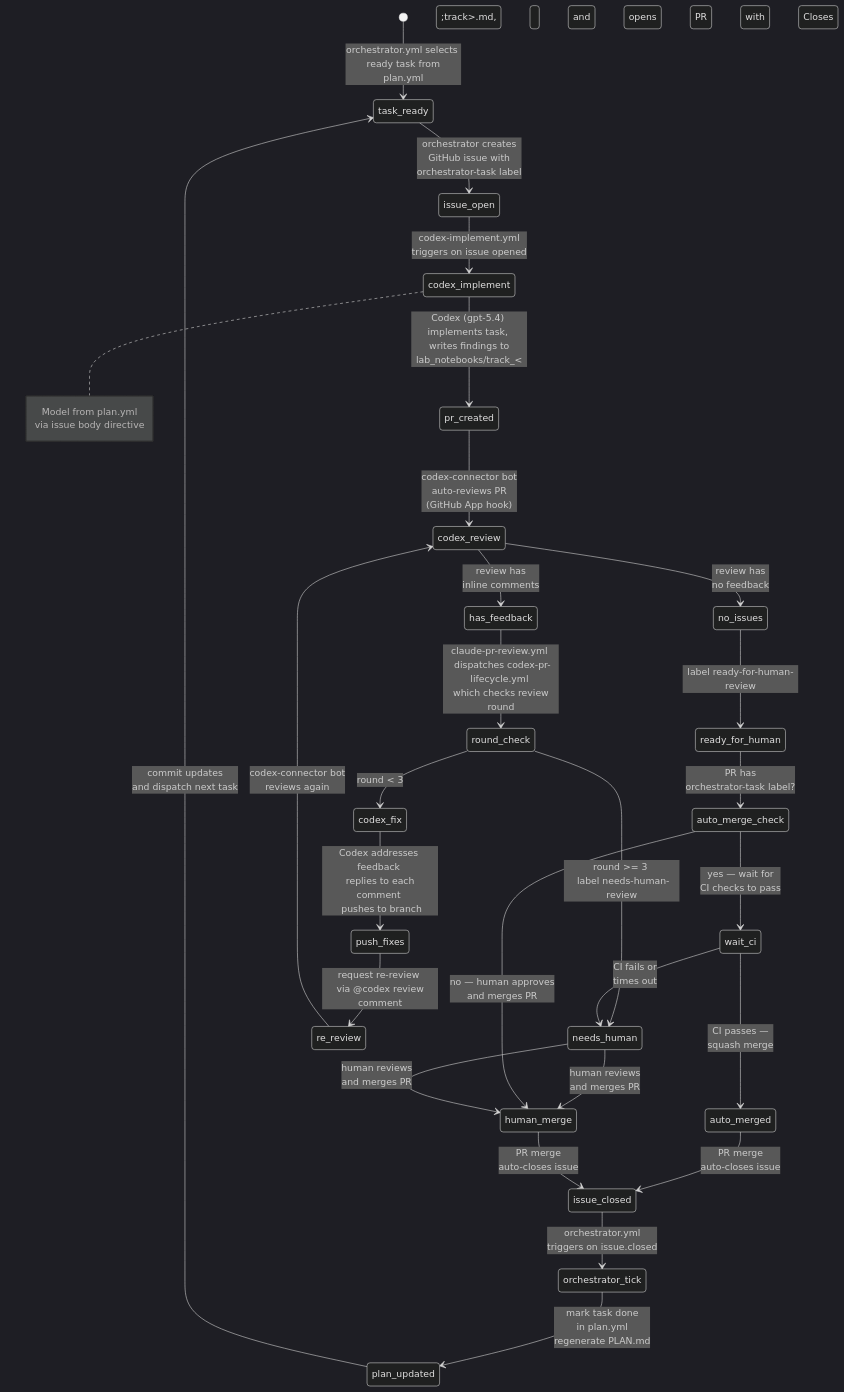
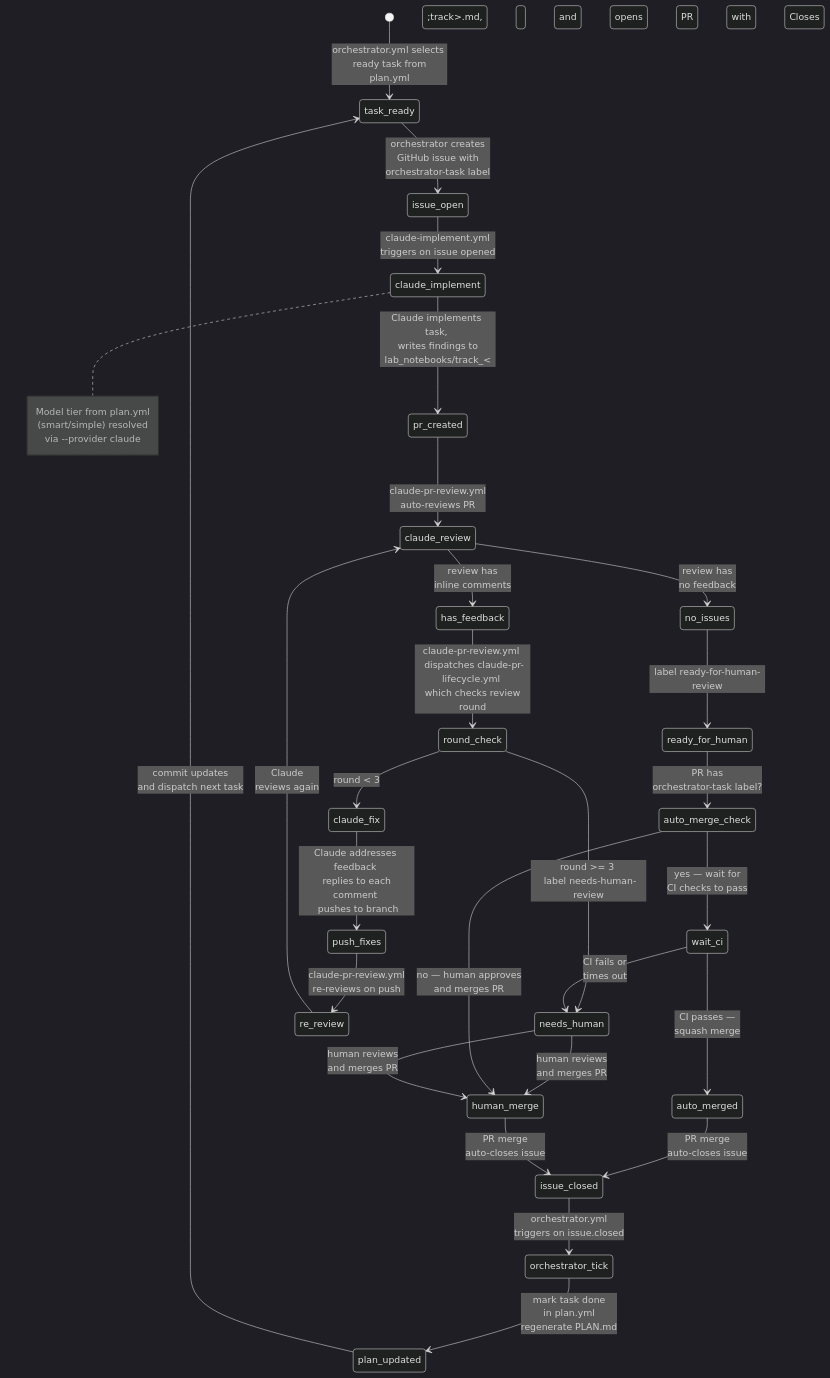
The diagram in lyzortx/orchestration/README.md (LorenaDerezanin/coli_phage_interactions_2023), drawn with Mermaid (dark theme) before and after one commit. The commit also changed other lines of this file and 18 other files, not shown here.

````diff
--- a/lyzortx/orchestration/README.md
+++ b/lyzortx/orchestration/README.md
@@ -10,52 +10,52 @@
 ```mermaid
 stateDiagram-v2
     [*] --> task_ready : orchestrator.yml selects <br> ready task from plan.yml
 
     task_ready --> issue_open : orchestrator creates <br> GitHub issue with <br> orchestrator-task label
 
-    issue_open --> codex_implement : codex-implement.yml <br> triggers on issue opened
+    issue_open --> claude_implement : claude-implement.yml <br> triggers on issue opened
 
-    codex_implement --> pr_created : Codex (gpt-5.4) implements task, <br> writes findings to lab_notebooks/track_&lt;track&gt;.md, <br> and opens PR with Closes #issue
+    claude_implement --> pr_created : Claude implements task, <br> writes findings to lab_notebooks/track_&lt;track&gt;.md, <br> and opens PR with Closes #issue
 
-    pr_created --> codex_review : codex-connector bot <br> auto-reviews PR <br> (GitHub App hook)
+    pr_created --> claude_review : claude-pr-review.yml <br> auto-reviews PR
 
-    note right of codex_implement : Model from plan.yml <br> via issue body directive
+    note right of claude_implement : Model tier from plan.yml <br> (smart/simple) resolved <br> via --provider claude
 
-    codex_review --> has_feedback : review has <br> inline comments
-    codex_review --> no_issues : review has <br> no feedback
+    claude_review --> has_feedback : review has <br> inline comments
+    claude_review --> no_issues : review has <br> no feedback
 
-    has_feedback --> round_check : claude-pr-review.yml <br> dispatches codex-pr-lifecycle.yml <br> which checks review round
+    has_feedback --> round_check : claude-pr-review.yml <br> dispatches claude-pr-lifecycle.yml <br> which checks review round
 
-    round_check --> codex_fix : round < 3
+    round_check --> claude_fix : round < 3
     round_check --> needs_human : round >= 3 <br> label needs-human-review
 
-    codex_fix --> push_fixes : Codex addresses feedback <br> replies to each comment <br> pushes to branch
+    claude_fix --> push_fixes : Claude addresses feedback <br> replies to each comment <br> pushes to branch
 
-    push_fixes --> re_review : request re-review <br> via @codex review comment
+    push_fixes --> re_review : claude-pr-review.yml <br> re-reviews on push
 
-    re_review --> codex_review : codex-connector bot <br> reviews again
+    re_review --> claude_review : Claude <br> reviews again
 
     needs_human --> human_merge : human reviews <br> and merges PR
 
     no_issues --> ready_for_human : label ready-for-human-review
 
     ready_for_human --> auto_merge_check : PR has <br> orchestrator-task label?
 
     auto_merge_check --> wait_ci : yes — wait for <br> CI checks to pass
     auto_merge_check --> human_merge : no — human approves <br> and merges PR
 
     wait_ci --> auto_merged : CI passes — <br> squash merge
     wait_ci --> needs_human : CI fails or <br> times out
 
     needs_human --> human_merge : human reviews <br> and merges PR
 
     auto_merged --> issue_closed : PR merge <br> auto-closes issue
 
     human_merge --> issue_closed : PR merge <br> auto-closes issue
 
     issue_closed --> orchestrator_tick : orchestrator.yml <br> triggers on issue.closed
 
     orchestrator_tick --> plan_updated : mark task done <br> in plan.yml <br> regenerate PLAN.md
 
     plan_updated --> task_ready : commit updates <br> and dispatch next task
 ```
````
